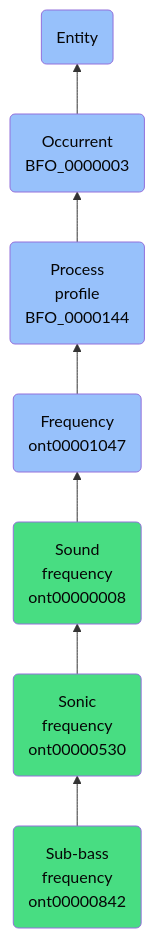
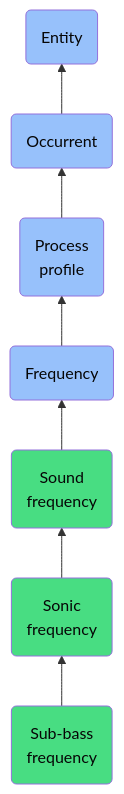
One commit to jupyter-naas/abi changed the diagram in docs/ontology/reference/model/Entity/Occurrent/Process profile/Frequency/Sound frequency/Sonic frequency/Sub-bass frequency/Sub-bass frequency.md. Above: the diagram before and after it, drawn with Mermaid. The commit also changed other lines of this file and 1430 other files, not shown here.

````diff
--- a/docs/ontology/reference/model/Entity/Occurrent/Process profile/Frequency/Sound frequency/Sonic frequency/Sub-bass frequency/Sub-bass frequency.md
+++ b/docs/ontology/reference/model/Entity/Occurrent/Process profile/Frequency/Sound frequency/Sonic frequency/Sub-bass frequency/Sub-bass frequency.md
@@ -24,14 +24,14 @@
 ```mermaid
 graph BT
-    ont00000842(Sub-bass<br>frequency<br>ont00000842):::ABI-->ont00000530
-    ont00000530(Sonic<br>frequency<br>ont00000530):::ABI-->ont00000008
-    ont00000008(Sound<br>frequency<br>ont00000008):::ABI-->ont00001047
-    ont00001047(Frequency<br>ont00001047):::BFO-->BFO_0000144
-    BFO_0000144(Process<br>profile<br>BFO_0000144):::BFO-->BFO_0000003
-    BFO_0000003(Occurrent<br>BFO_0000003):::BFO-->BFO_0000001
+    ont00000842(Sub-bass<br>frequency):::ABI-->ont00000530
+    ont00000530(Sonic<br>frequency):::ABI-->ont00000008
+    ont00000008(Sound<br>frequency):::ABI-->ont00001047
+    ont00001047(Frequency):::BFO-->BFO_0000144
+    BFO_0000144(Process<br>profile):::BFO-->BFO_0000003
+    BFO_0000003(Occurrent):::BFO-->BFO_0000001
     BFO_0000001(Entity):::BFO
     
     classDef BFO fill:#97c1fb,color:#060606
     classDef CCO fill:#e4c51e,color:#060606
     classDef ABI fill:#48DD82,color:#060606
 ```
````
